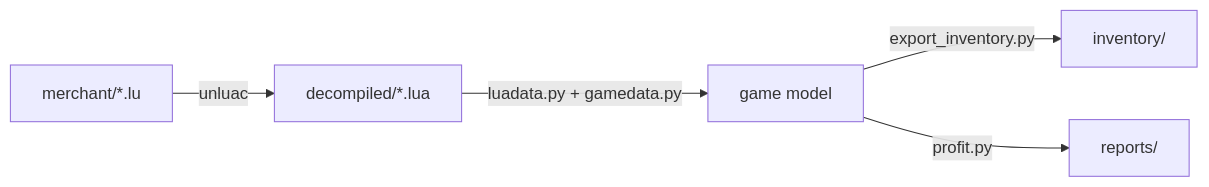
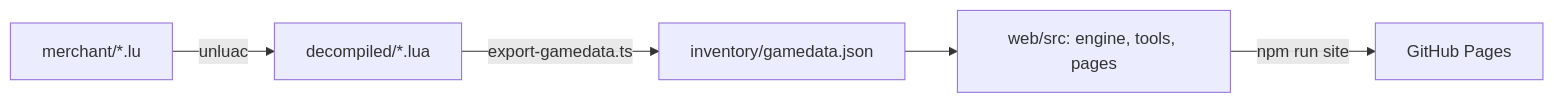
Before and after one commit to titaniteChuck/merchant-rpg-simulator: the diagram in docs/overview.md, drawn with Mermaid. The commit also changed other lines of this file and 39 other files, not shown here.

````diff
--- a/docs/overview.md
+++ b/docs/overview.md
@@ -39,7 +40,7 @@
 ```mermaid
 flowchart LR
   A[merchant/*.lu] -->|unluac| B[decompiled/*.lua]
-  B -->|luadata.py + gamedata.py| C[game model]
-  C -->|export_inventory.py| D[inventory/]
-  C -->|profit.py| E[reports/]
+  B -->|export-gamedata.ts| D[inventory/gamedata.json]
+  D --> E[web/src: engine, tools, pages]
+  E -->|npm run site| F[GitHub Pages]
 ```
````
